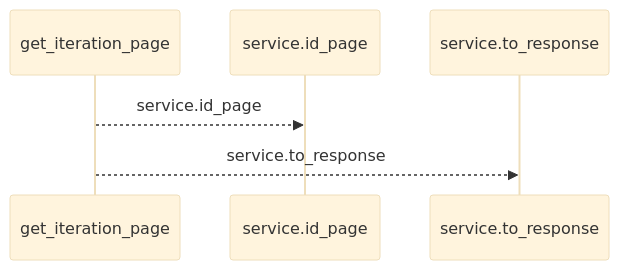
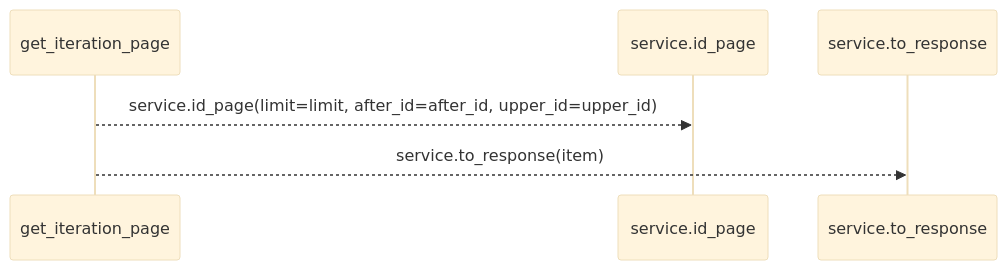
The first of 2 diagrams in docs/llm_wiki/flows/http-get_iteration_page.md (Denissvgn/WorkChord), drawn with Mermaid (base theme) before and after one commit. The commit also changed other lines of this file and 25171 other files, not shown here.

````diff
--- a/docs/llm_wiki/flows/http-get_iteration_page.md
+++ b/docs/llm_wiki/flows/http-get_iteration_page.md
@@ -10,8 +12,8 @@
 ```mermaid
 sequenceDiagram
     participant p0 as get_iteration_page
     participant p1 as service.id_page
     participant p2 as service.to_response
-    p0-->>p1: service.id_page
-    p0-->>p2: service.to_response
+    p0-->>p1: service.id_page(limit=limit, after_id=after_id, upper_id=upper_id)
+    p0-->>p2: service.to_response(item)
 ```
````
